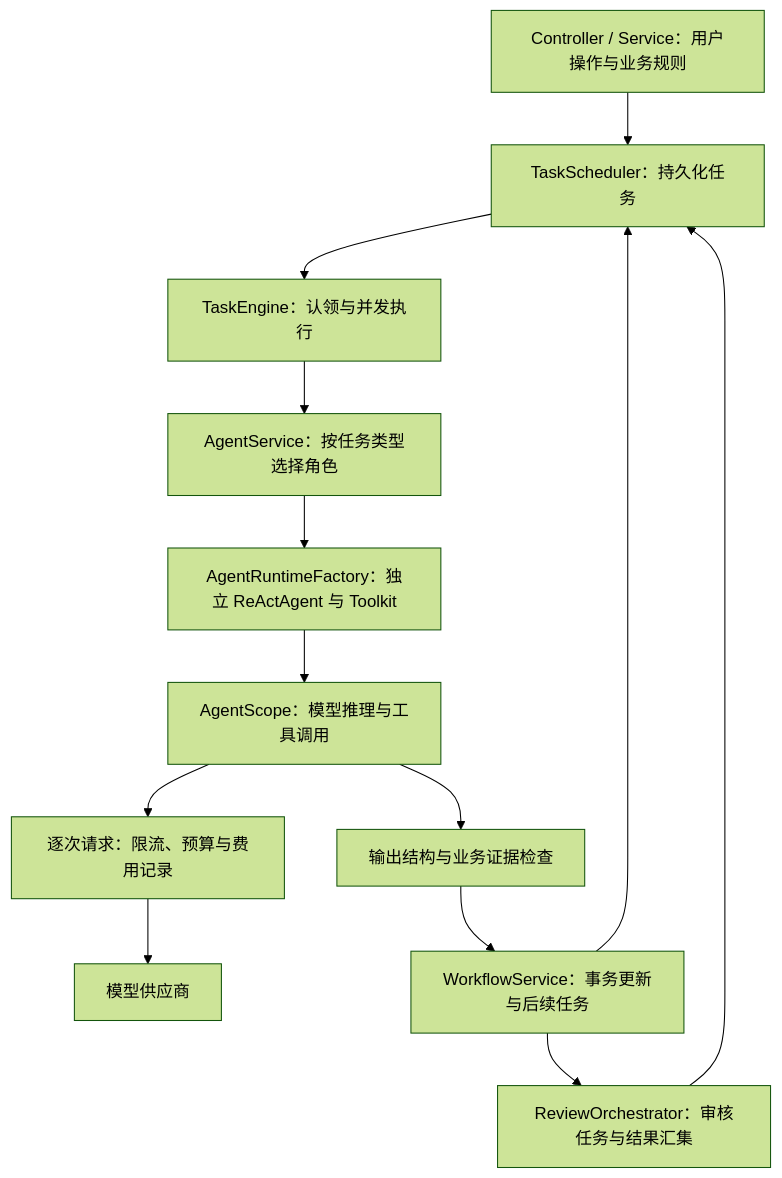
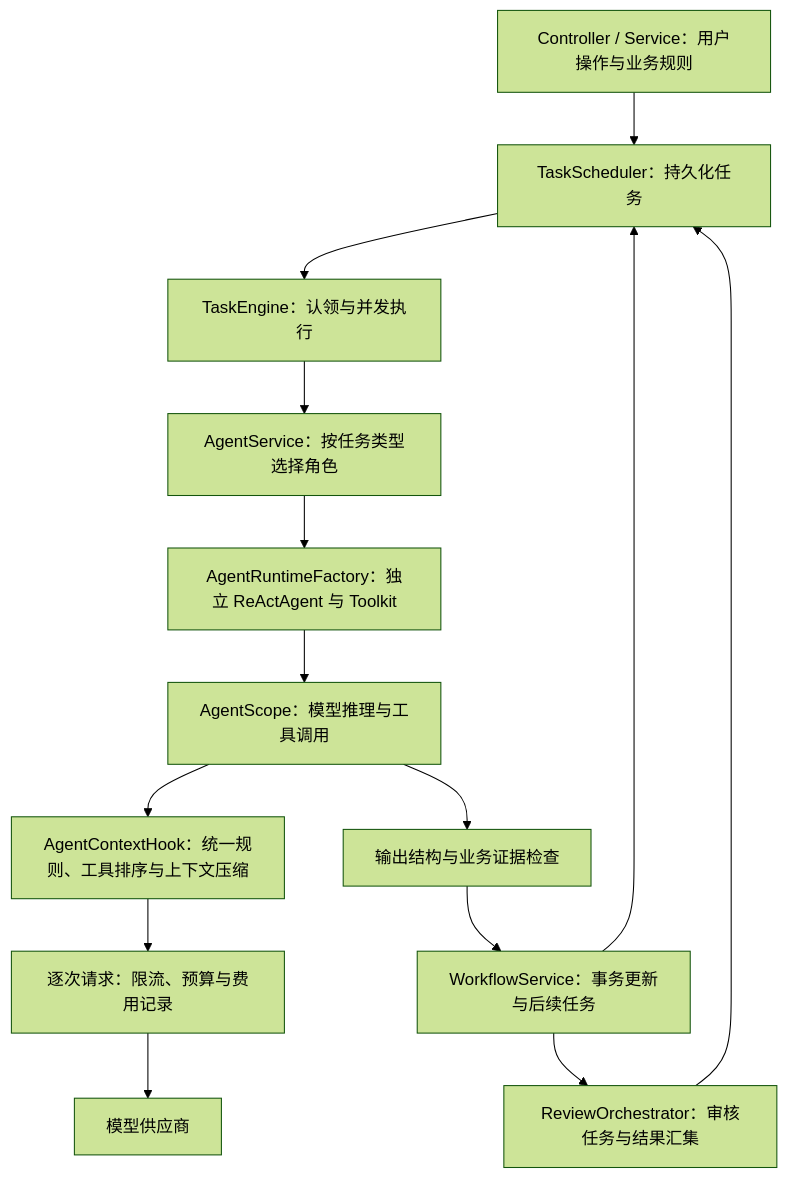
The fourth of 4 diagrams in docs/multi-agent-workflow.md (ccii1/novel-agent), drawn with Mermaid (forest theme) before and after one commit. The commit also changed other lines of this file and 4 other files, not shown here.

````diff
--- a/docs/multi-agent-workflow.md
+++ b/docs/multi-agent-workflow.md
@@ -129,15 +127,16 @@
 ```mermaid
 flowchart TD
     API["Controller / Service：用户操作与业务规则"] --> Tasks["TaskScheduler：持久化任务"]
     Tasks --> Engine["TaskEngine：认领与并发执行"]
     Engine --> Registry["AgentService：按任务类型选择角色"]
     Registry --> Factory["AgentRuntimeFactory：独立 ReActAgent 与 Toolkit"]
     Factory --> Model["AgentScope：模型推理与工具调用"]
-    Model --> Accounting["逐次请求：限流、预算与费用记录"]
+    Model --> Hooks["AgentContextHook：统一规则、工具排序与上下文压缩"]
+    Hooks --> Accounting["逐次请求：限流、预算与费用记录"]
     Accounting --> Provider["模型供应商"]
     Model --> Result["输出结构与业务证据检查"]
     Result --> Workflow["WorkflowService：事务更新与后续任务"]
     Workflow --> Tasks
     Workflow --> Reviews["ReviewOrchestrator：审核任务与结果汇集"]
     Reviews --> Tasks
 ```
````
